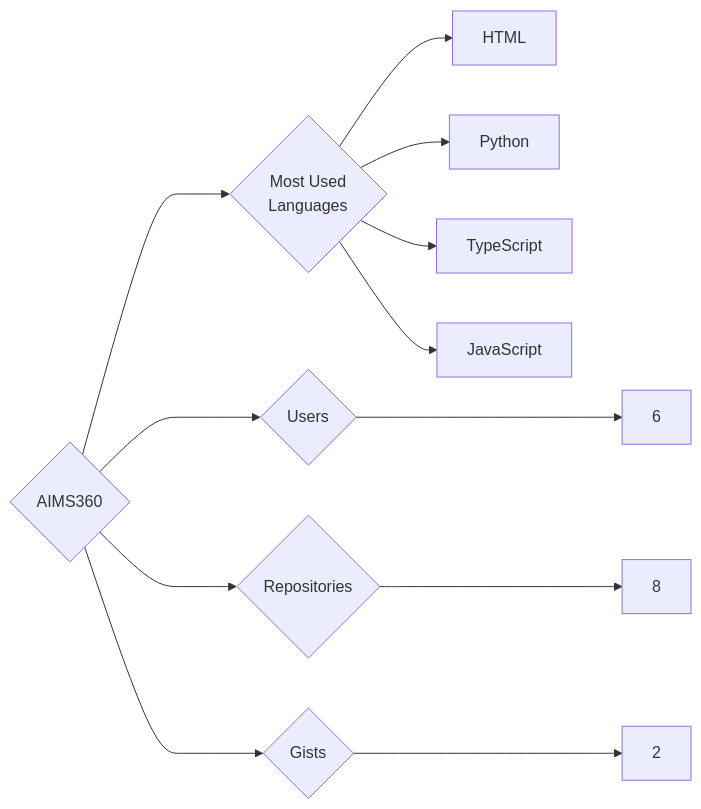
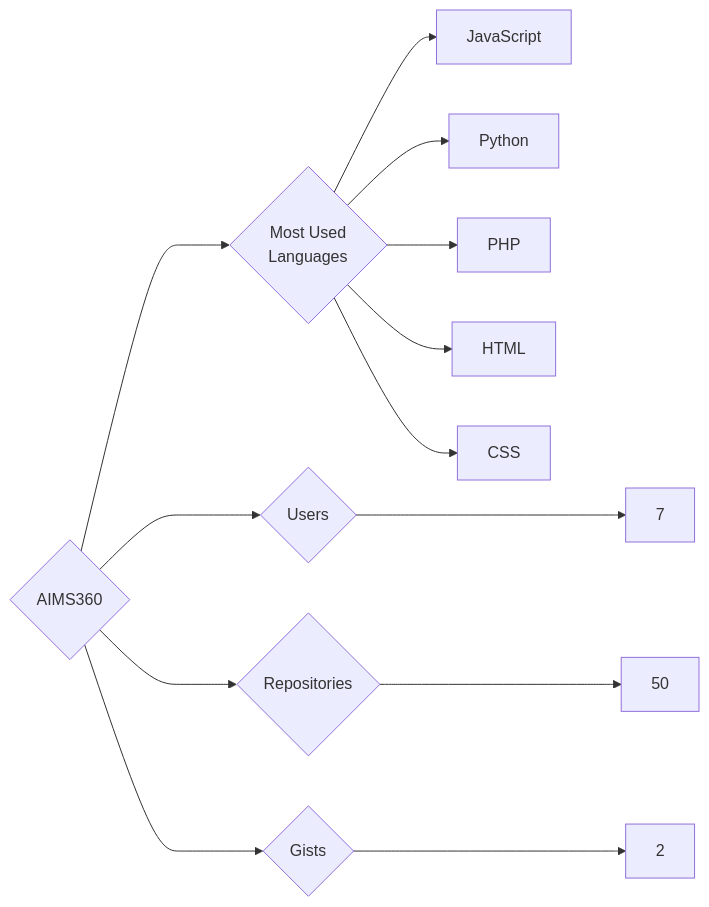
Before and after one commit to trickest/insiders: the diagram in targets/AIMS360/README.md, drawn with Mermaid. The commit also changed 873 other files, not shown here.

````diff
--- a/targets/AIMS360/README.md
+++ b/targets/AIMS360/README.md
@@ -3,12 +3,13 @@
 ```mermaid
 graph LR
 COMPANY_NAME{AIMS360}
-COMPANY_NAME ---> U{Users} ---> UN[6]
-COMPANY_NAME ---> R{Repositories} ---> RN[8]
+COMPANY_NAME ---> U{Users} ---> UN[7]
+COMPANY_NAME ---> R{Repositories} ---> RN[50]
 COMPANY_NAME ---> G{Gists} ---> GN[2]
 COMPANY_NAME ---> ML{Most Used<br>Languages}
+ML --> JavaScript[JavaScript]
+ML --> Python[Python]
+ML --> PHP[PHP]
 ML --> HTML[HTML]
-ML --> Python[Python]
-ML --> TypeScript[TypeScript]
-ML --> JavaScript[JavaScript]
+ML --> CSS[CSS]
 ```
````
